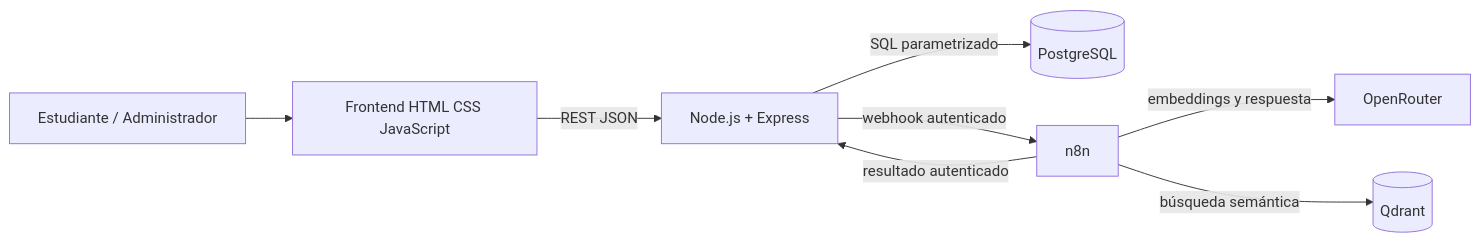
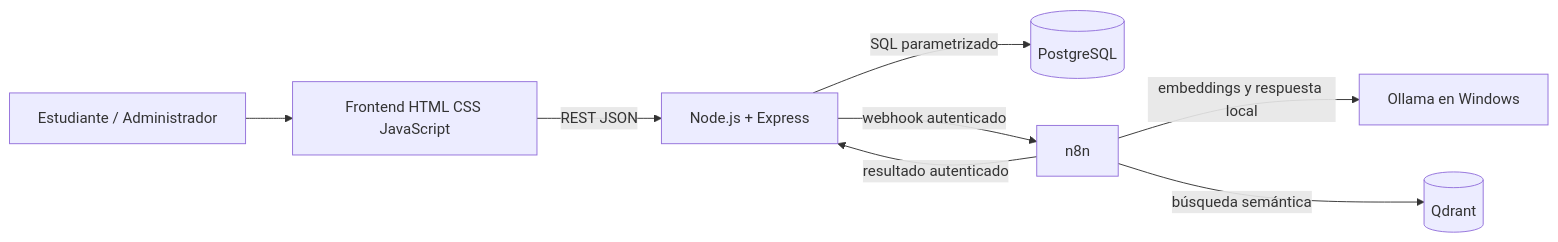
Before and after one commit to TOTO05-a/ruta-ia: the diagram in docs/architecture/system-context.md, drawn with Mermaid. The commit also changed other lines of this file and 2 other files, not shown here.

Commit message:
docs: actualizar evidencia del RAG local

````diff
--- a/docs/architecture/system-context.md
+++ b/docs/architecture/system-context.md
@@ -3,10 +3,10 @@
 ```mermaid
 flowchart LR
   Student[Estudiante / Administrador] --> Browser[Frontend HTML CSS JavaScript]
   Browser -->|REST JSON| API[Node.js + Express]
   API -->|SQL parametrizado| PG[(PostgreSQL)]
   API -->|webhook autenticado| N8N[n8n]
-  N8N -->|embeddings y respuesta| OR[OpenRouter]
+  N8N -->|embeddings y respuesta local| O[Ollama en Windows]
   N8N -->|búsqueda semántica| QD[(Qdrant)]
   N8N -->|resultado autenticado| API
 ```
````
